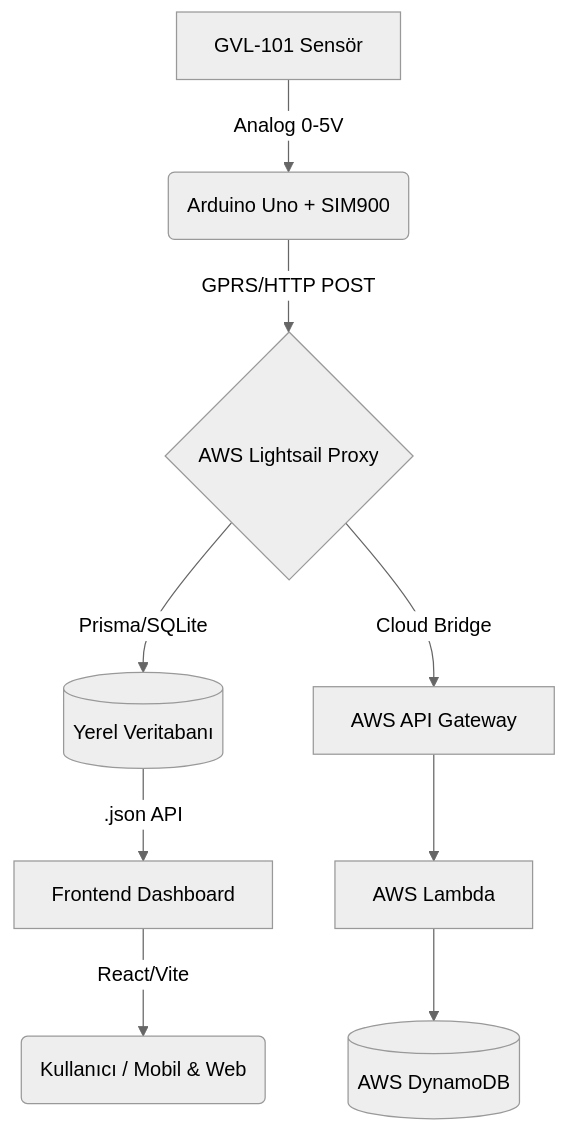
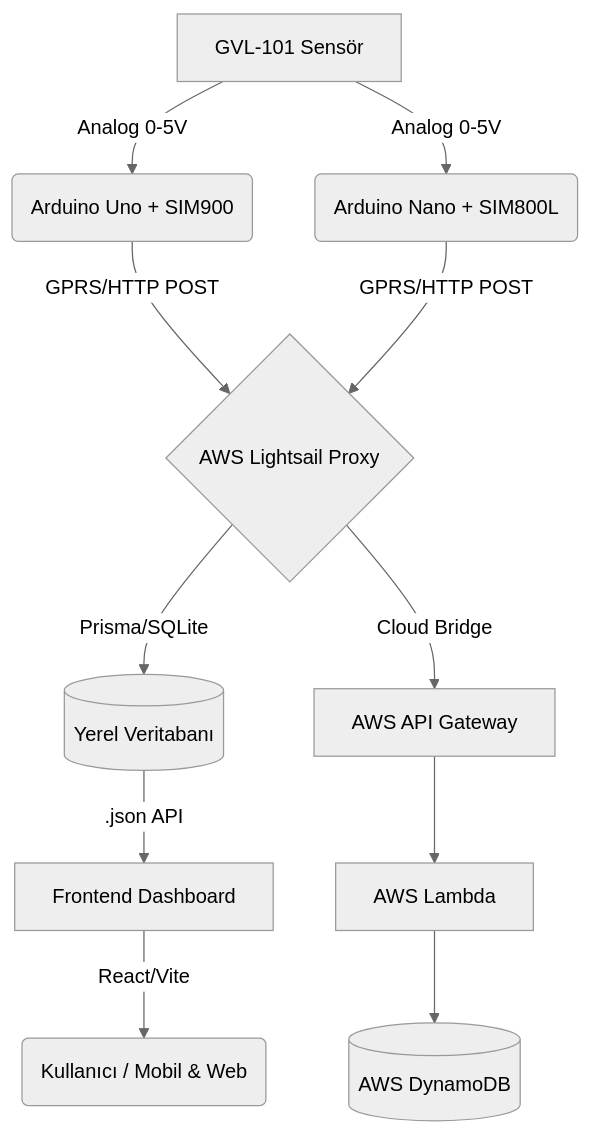
The diagram in SYSTEM_DOCUMENTATION.md (ardayldz8/margazdeneme3), drawn with Mermaid (neutral theme) before and after one commit. The commit also changed other lines of this file and 15 other files, not shown here.

````diff
--- a/SYSTEM_DOCUMENTATION.md
+++ b/SYSTEM_DOCUMENTATION.md
@@ -8,11 +8,13 @@
 ```mermaid
 graph TD
-    A[GVL-101 Sensör] -->|Analog 0-5V| B(Arduino Uno + SIM900)
-    B -->|GPRS/HTTP POST| C{AWS Lightsail Proxy}
+    A[GVL-101 Sensör] -->|Analog 0-5V| B1(Arduino Uno + SIM900)
+    A -->|Analog 0-5V| B2(Arduino Nano + SIM800L)
+    B1 -->|GPRS/HTTP POST| C{AWS Lightsail Proxy}
+    B2 -->|GPRS/HTTP POST| C
     C -->|Prisma/SQLite| D[(Yerel Veritabanı)]
     C -->|Cloud Bridge| E[AWS API Gateway]
     E --> F[AWS Lambda]
     F --> G[(AWS DynamoDB)]
     D -->|.json API| H[Frontend Dashboard]
     H -->|React/Vite| I(Kullanıcı / Mobil & Web)
 ```
````
